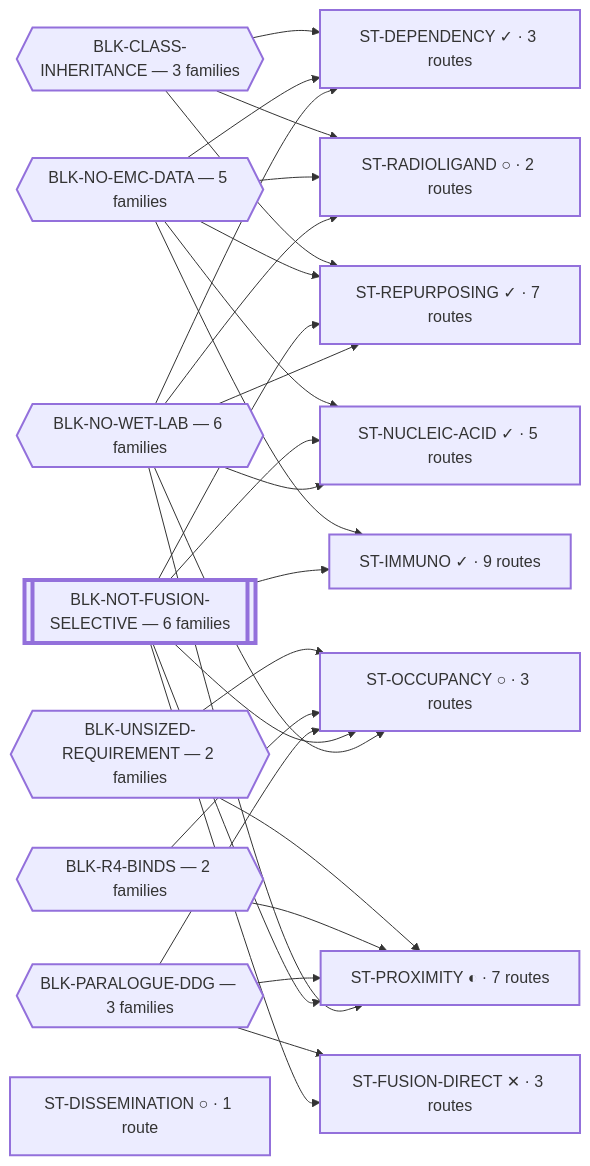
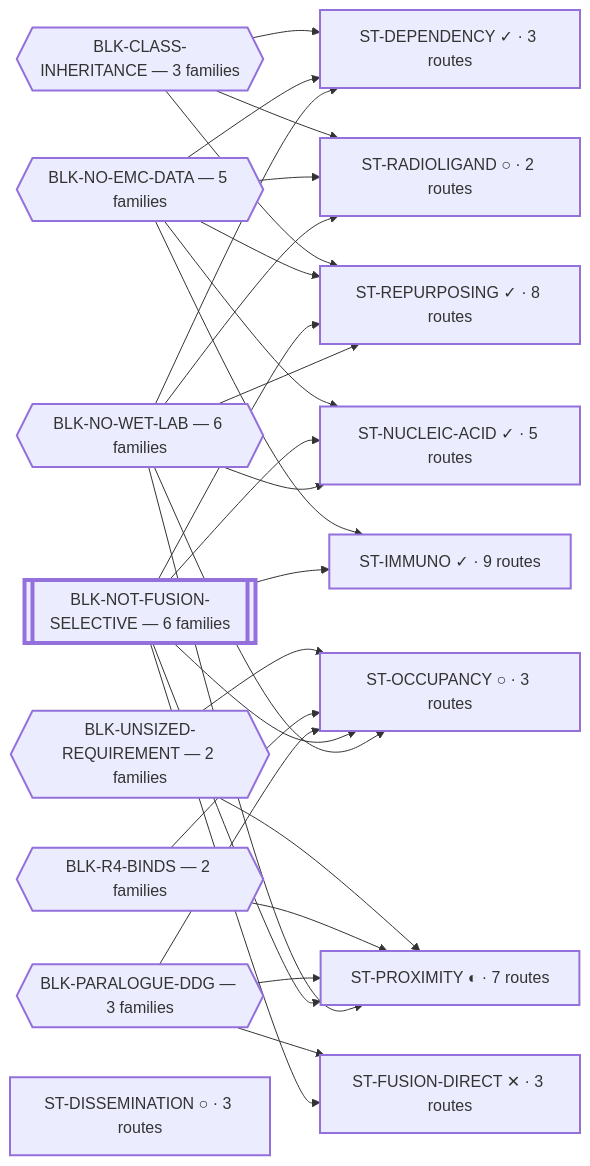
Before and after one commit to trimcrae/Rare-cancers: the diagram in systems/views/L0-ecosystem.md, drawn with Mermaid. The commit also changed other lines of this file and 12 other files, not shown here.

````diff
--- a/systems/views/L0-ecosystem.md
+++ b/systems/views/L0-ecosystem.md
@@ -33,52 +33,52 @@
 ```mermaid
 flowchart LR
   BLK_NO_WET_LAB{{"BLK-NO-WET-LAB — 6 families"}}:::blk
   BLK_NOT_FUSION_SELECTIVE[["BLK-NOT-FUSION-SELECTIVE — 6 families"]]:::perm
   BLK_NO_EMC_DATA{{"BLK-NO-EMC-DATA — 5 families"}}:::blk
   BLK_CLASS_INHERITANCE{{"BLK-CLASS-INHERITANCE — 3 families"}}:::blk
   BLK_PARALOGUE_DDG{{"BLK-PARALOGUE-DDG — 3 families"}}:::blk
   BLK_R4_BINDS{{"BLK-R4-BINDS — 2 families"}}:::blk
   BLK_UNSIZED_REQUIREMENT{{"BLK-UNSIZED-REQUIREMENT — 2 families"}}:::blk
 
   ST_IMMUNO["ST-IMMUNO ✓ · 9 routes"]:::fam
+  ST_REPURPOSING["ST-REPURPOSING ✓ · 8 routes"]:::fam
   ST_PROXIMITY["ST-PROXIMITY ◐ · 7 routes"]:::fam
-  ST_REPURPOSING["ST-REPURPOSING ✓ · 7 routes"]:::fam
   ST_NUCLEIC_ACID["ST-NUCLEIC-ACID ✓ · 5 routes"]:::fam
   ST_DEPENDENCY["ST-DEPENDENCY ✓ · 3 routes"]:::fam
+  ST_DISSEMINATION["ST-DISSEMINATION ○ · 3 routes"]:::fam
   ST_FUSION_DIRECT["ST-FUSION-DIRECT ✕ · 3 routes"]:::fam
   ST_OCCUPANCY["ST-OCCUPANCY ○ · 3 routes"]:::fam
   ST_RADIOLIGAND["ST-RADIOLIGAND ○ · 2 routes"]:::fam
-  ST_DISSEMINATION["ST-DISSEMINATION ○ · 1 route"]:::fam
 
   BLK_NO_WET_LAB --> ST_DEPENDENCY
   BLK_NO_WET_LAB --> ST_NUCLEIC_ACID
   BLK_NO_WET_LAB --> ST_OCCUPANCY
   BLK_NO_WET_LAB --> ST_PROXIMITY
   BLK_NO_WET_LAB --> ST_RADIOLIGAND
   BLK_NO_WET_LAB --> ST_REPURPOSING
   BLK_NOT_FUSION_SELECTIVE --> ST_FUSION_DIRECT
   BLK_NOT_FUSION_SELECTIVE --> ST_IMMUNO
   BLK_NOT_FUSION_SELECTIVE --> ST_NUCLEIC_ACID
   BLK_NOT_FUSION_SELECTIVE --> ST_OCCUPANCY
   BLK_NOT_FUSION_SELECTIVE --> ST_PROXIMITY
   BLK_NOT_FUSION_SELECTIVE --> ST_REPURPOSING
   BLK_NO_EMC_DATA --> ST_DEPENDENCY
   BLK_NO_EMC_DATA --> ST_IMMUNO
   BLK_NO_EMC_DATA --> ST_NUCLEIC_ACID
   BLK_NO_EMC_DATA --> ST_RADIOLIGAND
   BLK_NO_EMC_DATA --> ST_REPURPOSING
   BLK_CLASS_INHERITANCE --> ST_DEPENDENCY
   BLK_CLASS_INHERITANCE --> ST_RADIOLIGAND
   BLK_CLASS_INHERITANCE --> ST_REPURPOSING
   BLK_PARALOGUE_DDG --> ST_FUSION_DIRECT
   BLK_PARALOGUE_DDG --> ST_OCCUPANCY
   BLK_PARALOGUE_DDG --> ST_PROXIMITY
   BLK_R4_BINDS --> ST_OCCUPANCY
   BLK_R4_BINDS --> ST_PROXIMITY
   BLK_UNSIZED_REQUIREMENT --> ST_OCCUPANCY
   BLK_UNSIZED_REQUIREMENT --> ST_PROXIMITY
   classDef fam stroke-width:2px;
   classDef blk stroke-width:2px;
   classDef perm stroke-width:4px;
   classDef tech stroke-width:1px,stroke-dasharray:4 3;
 ```
````
